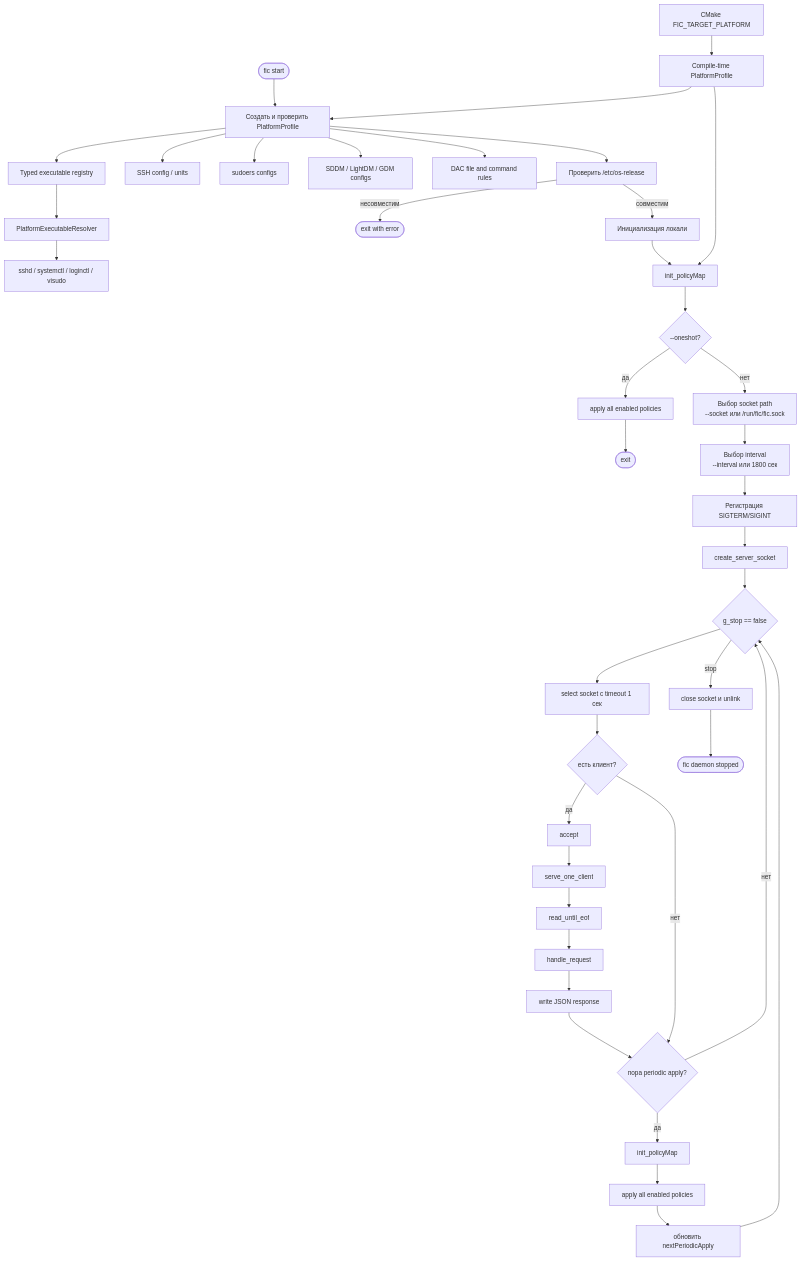
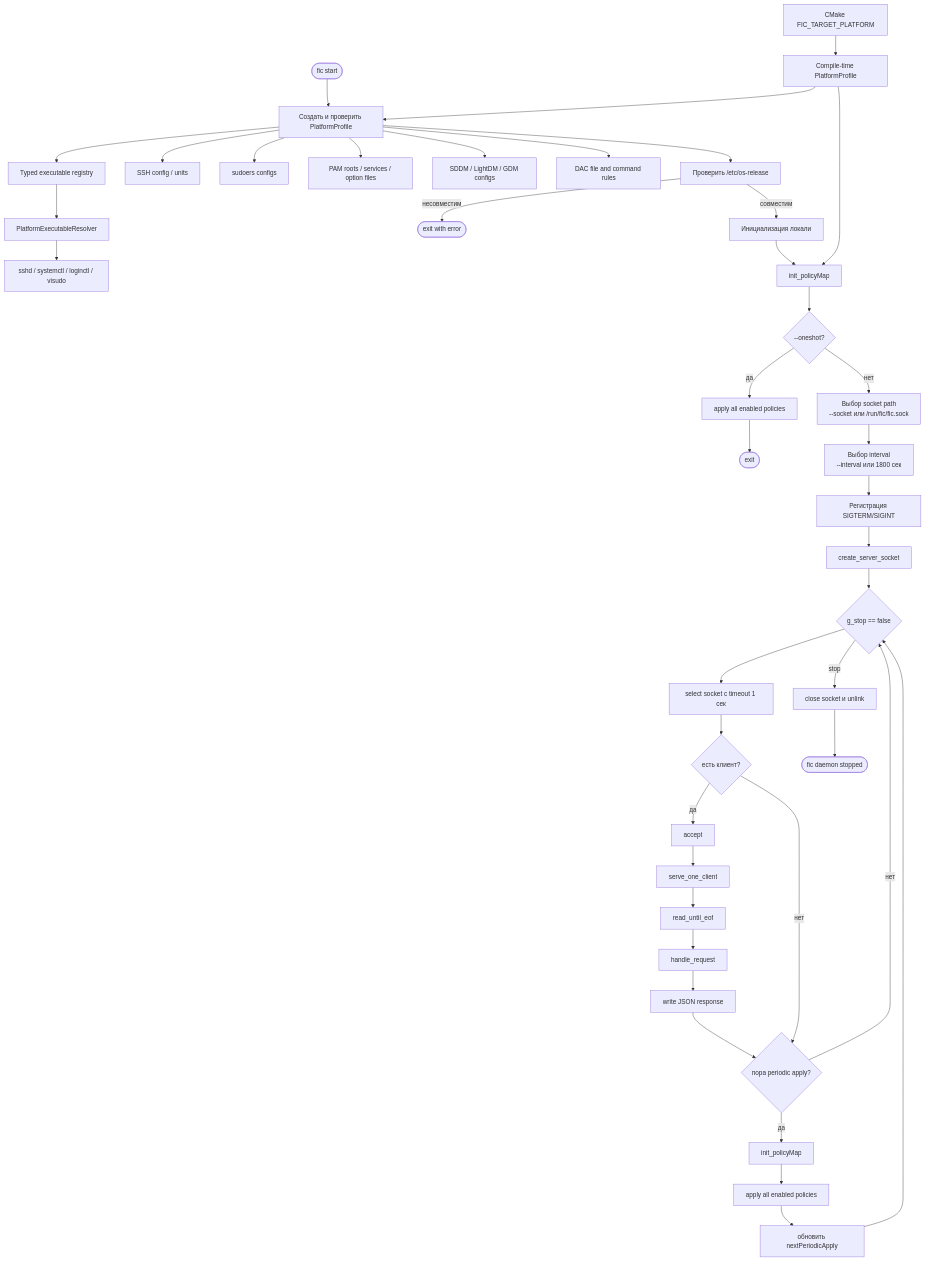
The third of 16 diagrams in docs/architecture-diagrams.md (RevoltStar/FIC), drawn with Mermaid before and after one commit. The commit also changed other lines of this file and 43 other files, not shown here.

````diff
--- a/docs/architecture-diagrams.md
+++ b/docs/architecture-diagrams.md
@@ -135,47 +135,48 @@
 ```mermaid
 flowchart TD
     build[CMake FIC_TARGET_PLATFORM] --> compiled[Compile-time PlatformProfile]
     start([fic start]) --> profile[Создать и проверить PlatformProfile]
     compiled --> profile
     profile --> executableRegistry[Typed executable registry]
     executableRegistry --> resolver[PlatformExecutableResolver]
     resolver --> tools[sshd / systemctl / loginctl / visudo]
     profile --> sshProfile[SSH config / units]
     profile --> sudoProfile[sudoers configs]
+    profile --> pamProfile[PAM roots / services / option files]
     profile --> dmProfile[SDDM / LightDM / GDM configs]
     profile --> dacProfile[DAC file and command rules]
     profile --> osRelease[Проверить /etc/os-release]
     osRelease -->|несовместим| incompatible([exit with error])
     osRelease -->|совместим| locale[Инициализация локали]
     locale --> initMap[init_policyMap]
     compiled --> initMap
     initMap --> oneshot{--oneshot?}
 
     oneshot -->|да| applyOnce[apply all enabled policies]
     applyOnce --> exitOnce([exit])
 
     oneshot -->|нет| socketPath["Выбор socket path<br/>--socket или /run/fic/fic.sock"]
     socketPath --> interval["Выбор interval<br/>--interval или 1800 сек"]
     interval --> signals[Регистрация SIGTERM/SIGINT]
     signals --> createSocket[create_server_socket]
     createSocket --> mainLoop{g_stop == false}
 
     mainLoop --> select[select socket с timeout 1 сек]
     select --> clientReady{есть клиент?}
     clientReady -->|да| accept[accept]
     accept --> serve[serve_one_client]
     serve --> readJson[read_until_eof]
     readJson --> route[handle_request]
     route --> writeJson[write JSON response]
     writeJson --> periodic
 
     clientReady -->|нет| periodic{пора periodic apply?}
     periodic -->|да| reload[init_policyMap]
     reload --> applyAll[apply all enabled policies]
     applyAll --> schedule[обновить nextPeriodicApply]
     schedule --> mainLoop
 
     periodic -->|нет| mainLoop
     mainLoop -->|stop| cleanup[close socket и unlink]
     cleanup --> stopped([fic daemon stopped])
 ```
````
